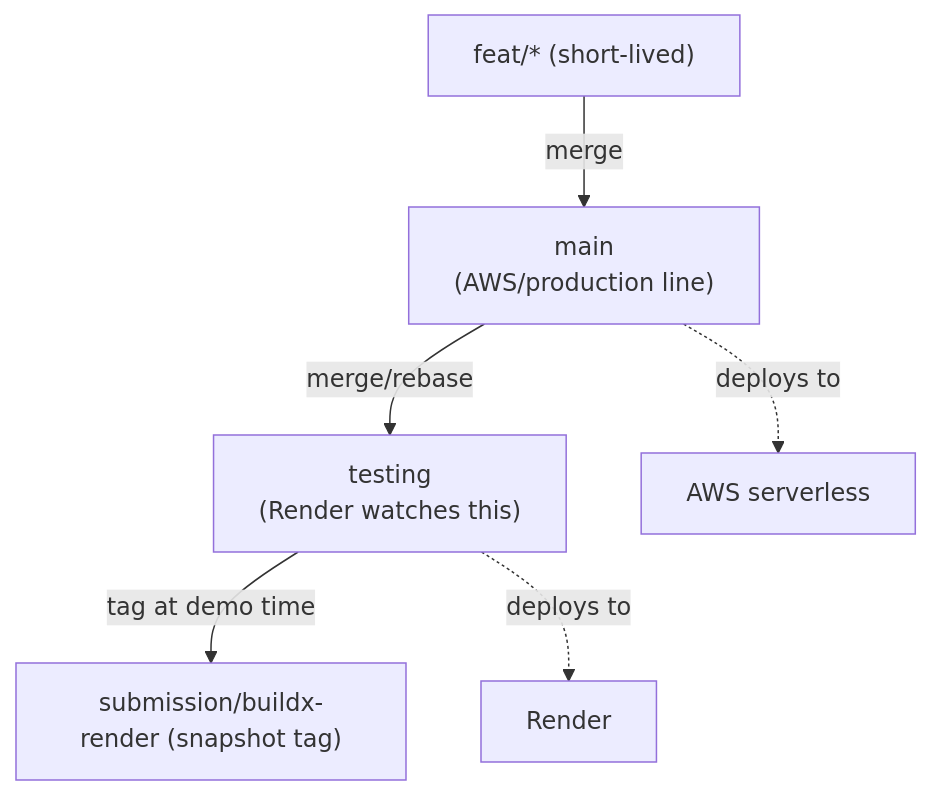
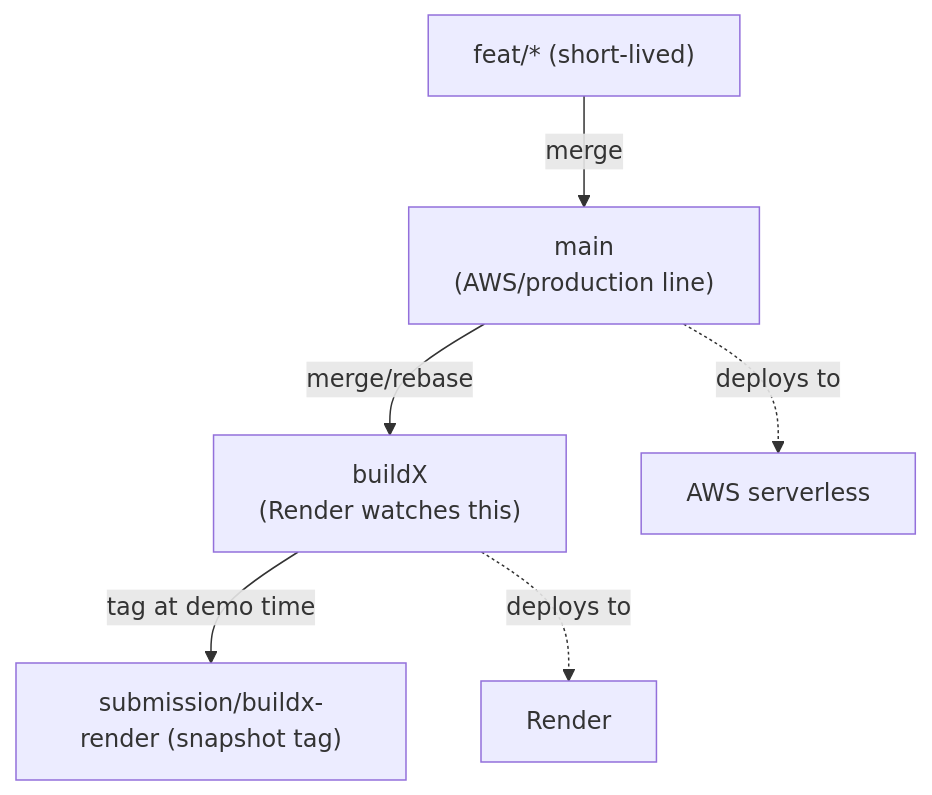
The third of 3 diagrams in docs/specifications/render/03_configuration_and_blueprint_reference.md (FixFlow-AI/FixFlow-AI-web), drawn with Mermaid before and after one commit. The commit also changed other lines of this file, not shown here.

Commit message:
docs(render): update blueprint reference spec for render.yaml and buildX branch

````diff
--- a/docs/specifications/render/03_configuration_and_blueprint_reference.md
+++ b/docs/specifications/render/03_configuration_and_blueprint_reference.md
@@ -158,14 +193,14 @@
 ```mermaid
 flowchart TB
     MAIN["main<br/>(AWS/production line)"]
-    TEST["testing<br/>(Render watches this)"]
+    BX["buildX<br/>(Render watches this)"]
     FEAT["feat/* (short-lived)"]
     SUB["submission/buildx-render (snapshot tag)"]
 
     FEAT -->|merge| MAIN
-    MAIN -->|merge/rebase| TEST
-    TEST -->|tag at demo time| SUB
+    MAIN -->|merge/rebase| BX
+    BX -->|tag at demo time| SUB
 
     MAIN -. deploys to .-> AWS["AWS serverless"]
-    TEST -. deploys to .-> RENDER["Render"]
+    BX -. deploys to .-> RENDER["Render"]
 ```
````
